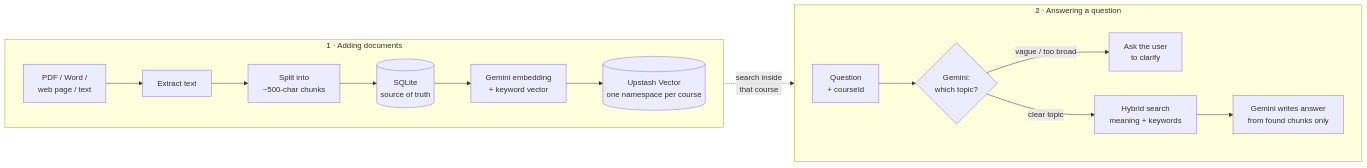
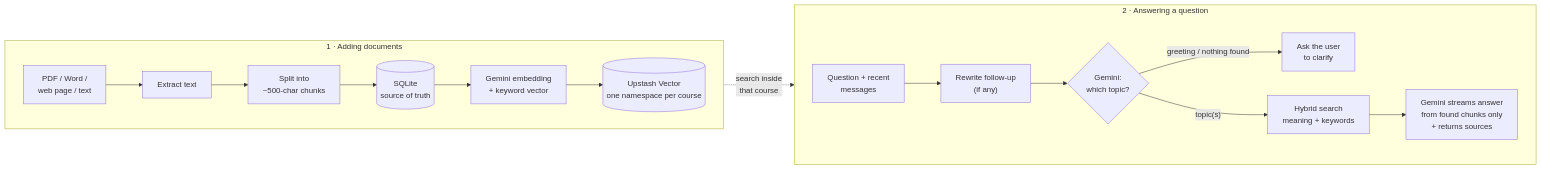
Before and after one commit to josephamal10/rag-knowledge-base-api: the diagram in README.md, drawn with Mermaid. The commit also changed other lines of this file and 7 other files, not shown here.

````diff
--- a/README.md
+++ b/README.md
@@ -10,21 +33,22 @@
 ```mermaid
 flowchart LR
     subgraph ingest["1 · Adding documents"]
         direction LR
         A["PDF / Word /<br/>web page / text"] --> B["Extract text"]
         B --> C["Split into<br/>~500-char chunks"]
         C --> D[("SQLite<br/>source of truth")]
         D --> E["Gemini embedding<br/>+ keyword vector"]
         E --> F[("Upstash Vector<br/>one namespace per course")]
     end
 
     subgraph ask["2 · Answering a question"]
         direction LR
-        Q["Question<br/>+ courseId"] --> R{"Gemini:<br/>which topic?"}
-        R -- "vague / too broad" --> X["Ask the user<br/>to clarify"]
-        R -- "clear topic" --> S["Hybrid search<br/>meaning + keywords"]
-        S --> T["Gemini writes answer<br/>from found chunks only"]
+        H["Question + recent<br/>messages"] --> W["Rewrite follow-up<br/>(if any)"]
+        W --> R{"Gemini:<br/>which topic?"}
+        R -- "greeting / nothing found" --> X["Ask the user<br/>to clarify"]
+        R -- "topic(s)" --> S["Hybrid search<br/>meaning + keywords"]
+        S --> T["Gemini streams answer<br/>from found chunks only<br/>+ returns sources"]
     end
 
     F -. "search inside<br/>that course" .-> S
 ```
````
